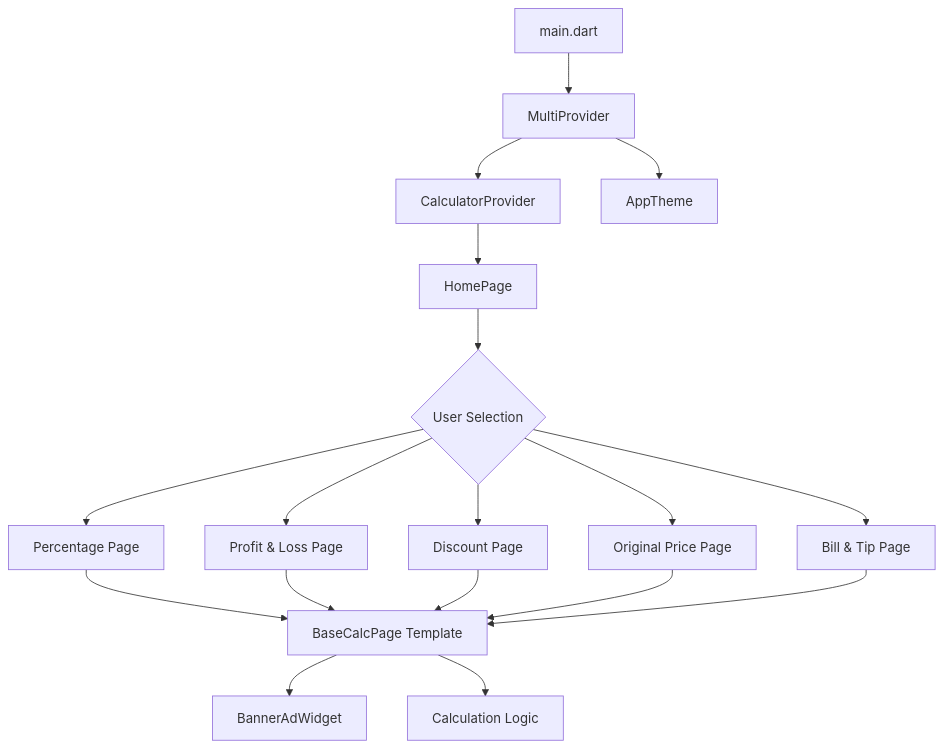
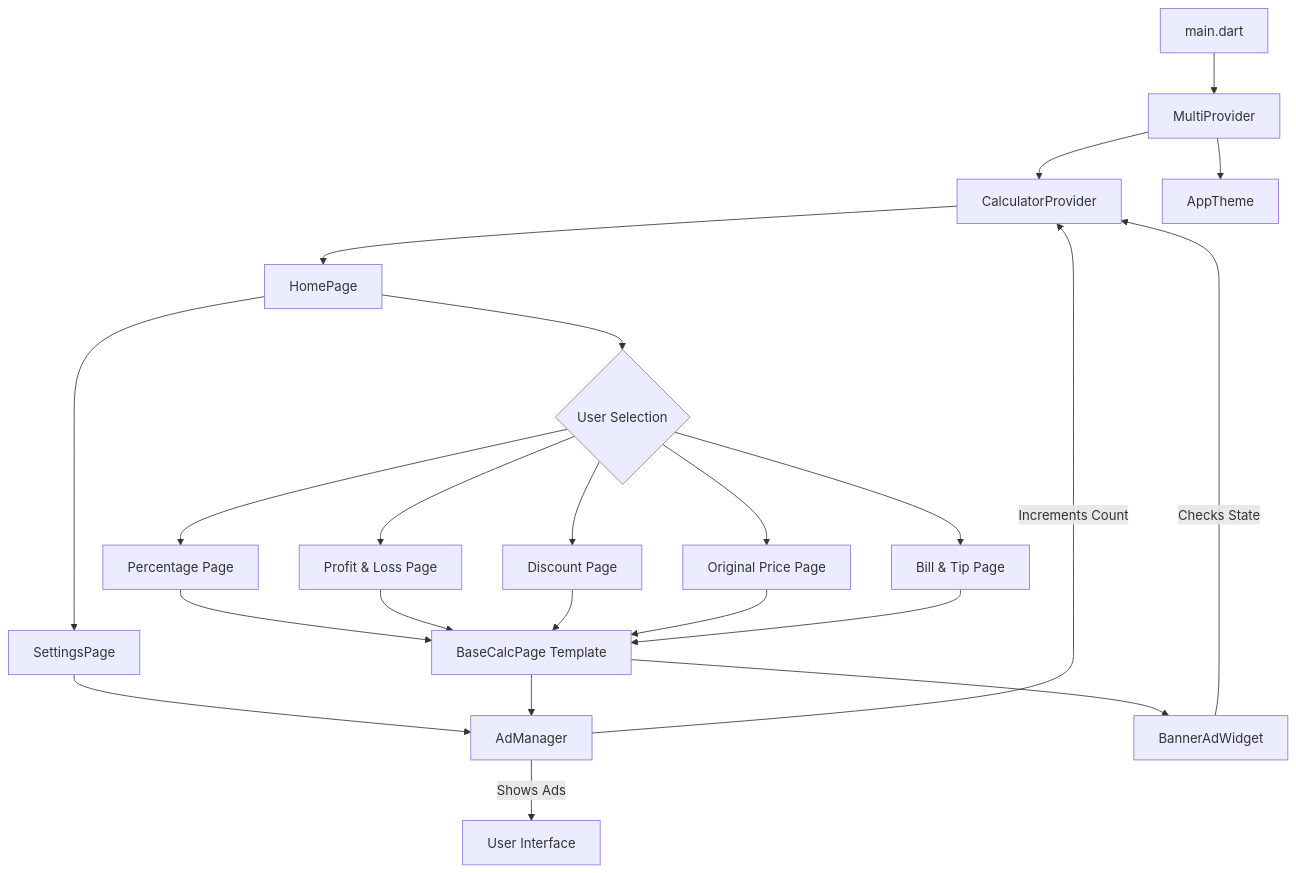
Before and after one commit to igmoiiz/Percent-Pro: the first of 2 diagrams in README.md, drawn with Mermaid. The commit also changed other lines of this file and 7 other files, not shown here.

````diff
--- a/README.md
+++ b/README.md
@@ -29,19 +39,24 @@
 ```mermaid
 graph TD
     A[main.dart] --> B[MultiProvider]
     B --> C[CalculatorProvider]
     B --> D[AppTheme]
     
     C --> E[HomePage]
+    E --> S[SettingsPage]
+    S --> AM[AdManager]
+    
     E --> F{User Selection}
-    
     F --> G[Percentage Page]
     F --> H[Profit & Loss Page]
     F --> I[Discount Page]
     F --> J[Original Price Page]
     F --> K[Bill & Tip Page]
     
     G & H & I & J & K --> L[BaseCalcPage Template]
-    L --> M[BannerAdWidget]
-    L --> N[Calculation Logic]
+    L --> BW[BannerAdWidget]
+    BW -- Checks State --> C
+    L --> AM
+    AM -- Increments Count --> C
+    AM -- Shows Ads --> UI[User Interface]
 ```
````
